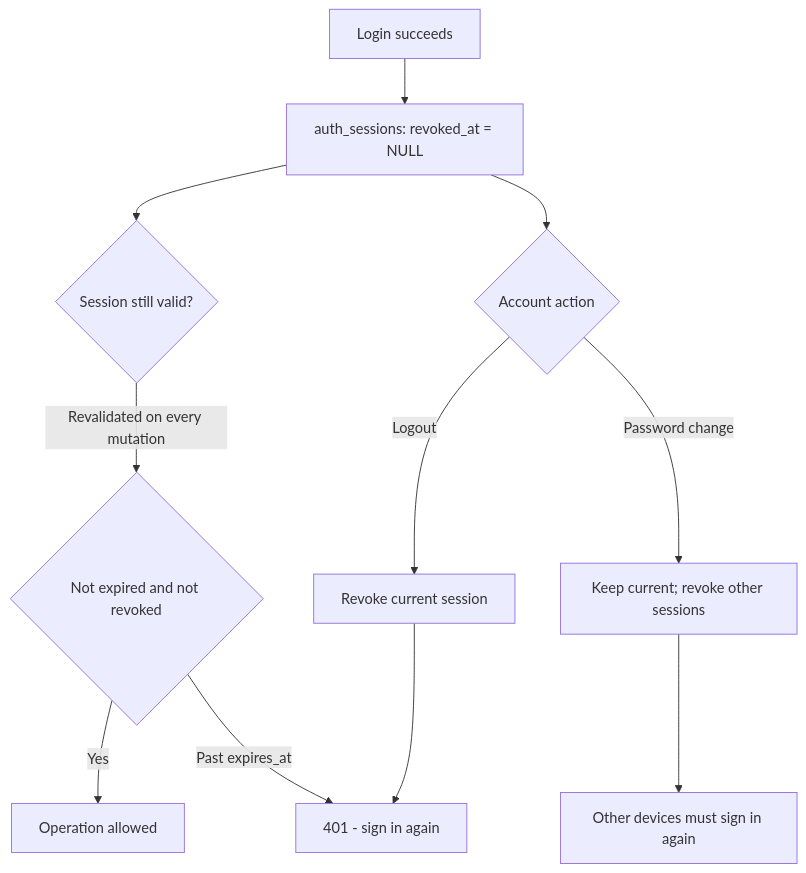
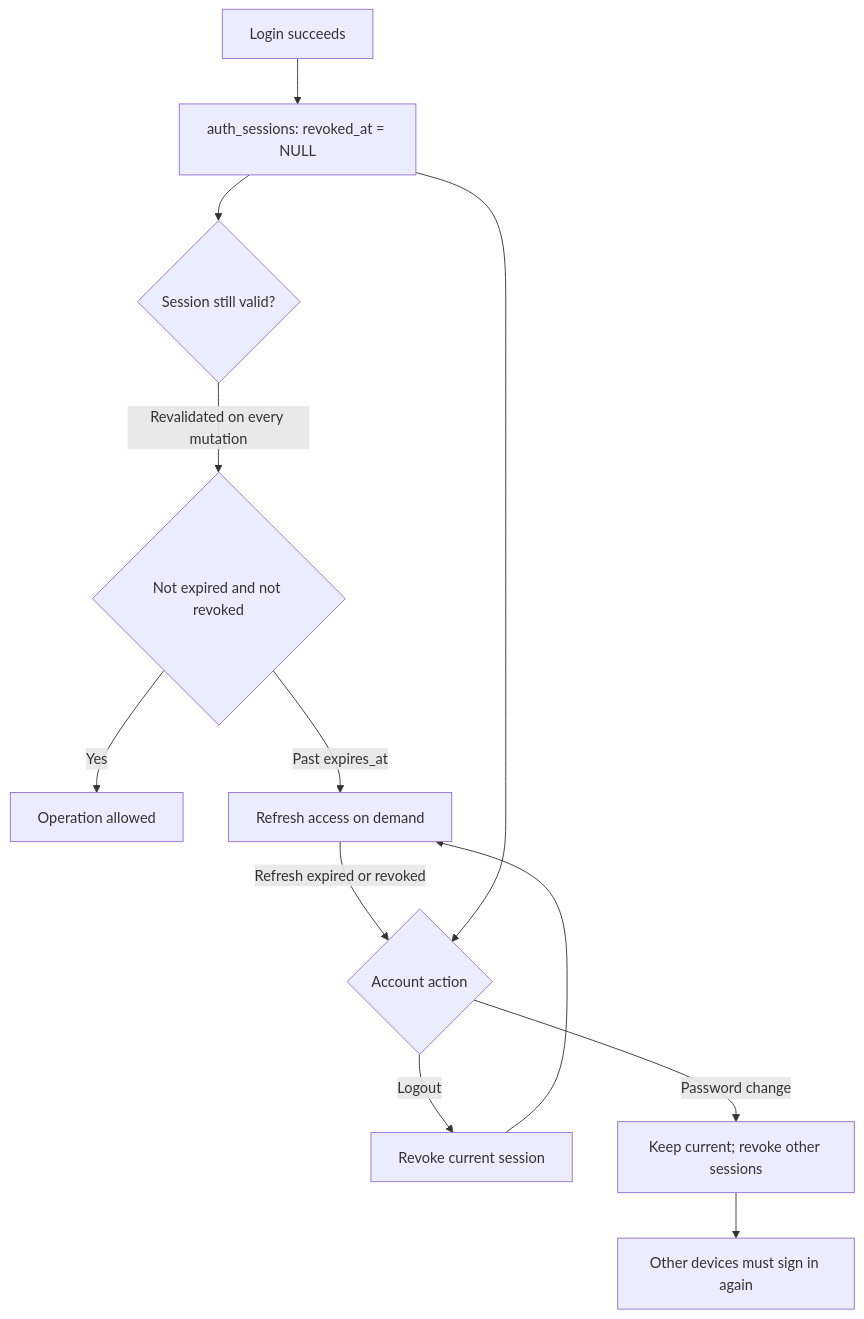
The second of 2 diagrams in docs/features/01-accounts-auth.md (Walker-mfj/TodoCal), drawn with Mermaid before and after one commit. The commit also changed other lines of this file and 56 other files, not shown here.

````diff
--- a/docs/features/01-accounts-auth.md
+++ b/docs/features/01-accounts-auth.md
@@ -53,13 +53,14 @@
 ```mermaid
 flowchart TD
     A[Login succeeds] --> B[auth_sessions: revoked_at = NULL]
     B --> C{Session still valid?}
     C -->|Revalidated on every mutation| D{Not expired and not revoked}
     D -->|Yes| E[Operation allowed]
-    D -->|Past expires_at| F[401 - sign in again]
+    D -->|Past expires_at| F[Refresh access on demand]
+    F -->|Refresh expired or revoked| G[Sign in again]
     B --> G{Account action}
     G -->|Logout| H[Revoke current session]
     G -->|Password change| I[Keep current; revoke other sessions]
     H --> F
     I --> J[Other devices must sign in again]
 ```
````
